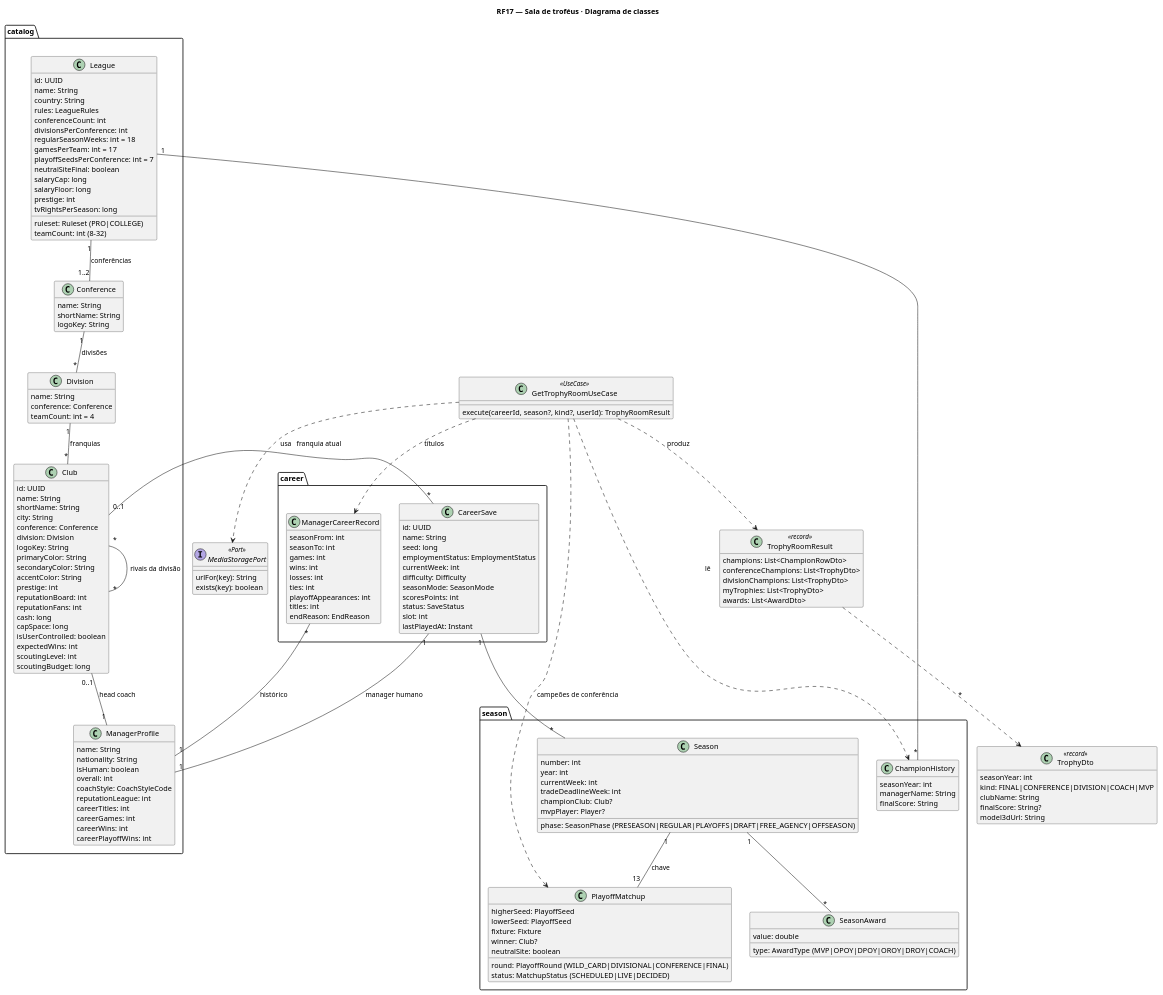
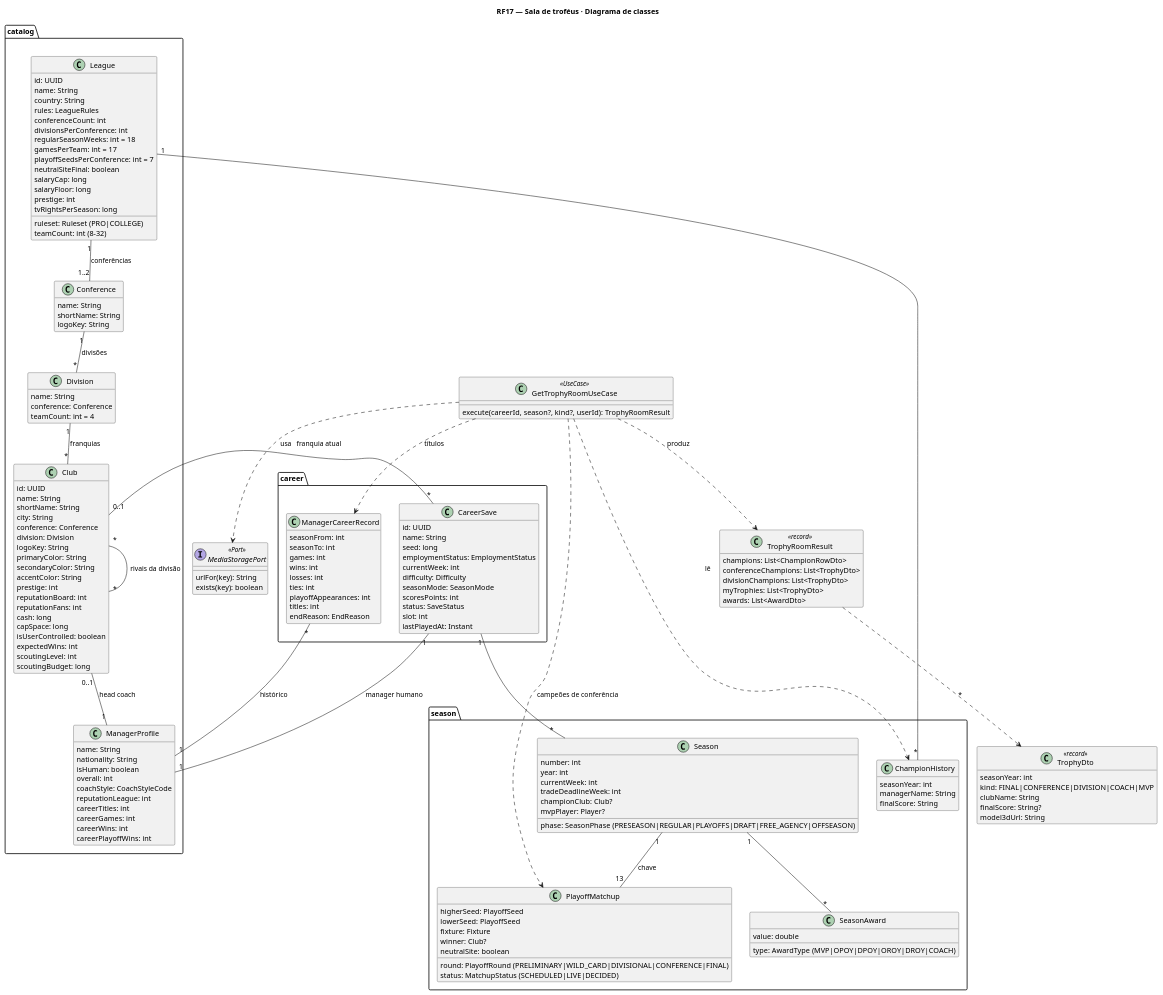
Before and after one commit to MatheusHaliski/Scores-American-Football: the diagram in docs/RF17/RF17-cls.puml, drawn with PlantUML. The commit also changed 43 other files, not shown here.

```diff
--- a/docs/RF17/RF17-cls.puml
+++ b/docs/RF17/RF17-cls.puml
@@ -1,162 +1,162 @@
 @startuml
 title RF17 — Sala de troféus · Diagrama de classes
 skinparam classAttributeIconSize 0
 hide empty methods
 package "career" {
   class CareerSave {
     id: UUID
     name: String
     seed: long
     employmentStatus: EmploymentStatus
     currentWeek: int
     difficulty: Difficulty
     seasonMode: SeasonMode
     scoresPoints: int
     status: SaveStatus
     slot: int
     lastPlayedAt: Instant
   }
   class ManagerCareerRecord {
     seasonFrom: int
     seasonTo: int
     games: int
     wins: int
     losses: int
     ties: int
     playoffAppearances: int
     titles: int
     endReason: EndReason
   }
 }
 package "catalog" {
   class League {
     id: UUID
     name: String
     country: String
     ruleset: Ruleset (PRO|COLLEGE)
     rules: LeagueRules
     teamCount: int (8–32)
     conferenceCount: int
     divisionsPerConference: int
     regularSeasonWeeks: int = 18
     gamesPerTeam: int = 17
     playoffSeedsPerConference: int = 7
     neutralSiteFinal: boolean
     salaryCap: long
     salaryFloor: long
     prestige: int
     tvRightsPerSeason: long
   }
   class Conference {
     name: String
     shortName: String
     logoKey: String
   }
   class Division {
     name: String
     conference: Conference
     teamCount: int = 4
   }
   class ManagerProfile {
     name: String
     nationality: String
     isHuman: boolean
     overall: int
     coachStyle: CoachStyleCode
     reputationLeague: int
     careerTitles: int
     careerGames: int
     careerWins: int
     careerPlayoffWins: int
   }
   class Club {
     id: UUID
     name: String
     shortName: String
     city: String
     conference: Conference
     division: Division
     logoKey: String
     primaryColor: String
     secondaryColor: String
     accentColor: String
     prestige: int
     reputationBoard: int
     reputationFans: int
     cash: long
     capSpace: long
     isUserControlled: boolean
     expectedWins: int
     scoutingLevel: int
     scoutingBudget: long
   }
 }
 package "season" {
   class Season {
     number: int
     year: int
     phase: SeasonPhase (PRESEASON|REGULAR|PLAYOFFS|DRAFT|FREE_AGENCY|OFFSEASON)
     currentWeek: int
     tradeDeadlineWeek: int
     championClub: Club?
     mvpPlayer: Player?
   }
   class ChampionHistory {
     seasonYear: int
     managerName: String
     finalScore: String
   }
   class PlayoffMatchup {
-    round: PlayoffRound (WILD_CARD|DIVISIONAL|CONFERENCE|FINAL)
+    round: PlayoffRound (PRELIMINARY|WILD_CARD|DIVISIONAL|CONFERENCE|FINAL)
     higherSeed: PlayoffSeed
     lowerSeed: PlayoffSeed
     fixture: Fixture
     winner: Club?
     neutralSite: boolean
     status: MatchupStatus (SCHEDULED|LIVE|DECIDED)
   }
   class SeasonAward {
     type: AwardType (MVP|OPOY|DPOY|OROY|DROY|COACH)
     value: double
   }
 }
 class GetTrophyRoomUseCase <<UseCase>> {
   execute(careerId, season?, kind?, userId): TrophyRoomResult
 }
 class TrophyRoomResult <<record>> {
   champions: List<ChampionRowDto>
   conferenceChampions: List<TrophyDto>
   divisionChampions: List<TrophyDto>
   myTrophies: List<TrophyDto>
   awards: List<AwardDto>
 }
 class TrophyDto <<record>> {
   seasonYear: int
   kind: FINAL|CONFERENCE|DIVISION|COACH|MVP
   clubName: String
   finalScore: String?
   model3dUrl: String
 }
 interface MediaStoragePort <<Port>> {
   urlFor(key): String
   exists(key): boolean
 }
 League "1" -- "1..2" Conference : conferências
 Conference "1" -- "*" Division : divisões
 Division "1" -- "*" Club : franquias
 Club "*" -- "*" Club : rivais da divisão
 Club "0..1" -- "1" ManagerProfile : head coach
 ManagerProfile "1" -- "*" ManagerCareerRecord : histórico
 CareerSave "1" -- "1" ManagerProfile : manager humano
 CareerSave "*" -- "0..1" Club : franquia atual
 CareerSave "1" -- "*" Season
 Season "1" -- "13" PlayoffMatchup : chave
 Season "1" -- "*" SeasonAward
 League "1" -- "*" ChampionHistory
 GetTrophyRoomUseCase ..> TrophyRoomResult : produz
 TrophyRoomResult ..> TrophyDto : *
 GetTrophyRoomUseCase ..> ChampionHistory : lê
 GetTrophyRoomUseCase ..> PlayoffMatchup : campeões de conferência
 GetTrophyRoomUseCase ..> ManagerCareerRecord : títulos
 GetTrophyRoomUseCase ..> MediaStoragePort : usa
 @enduml
```
